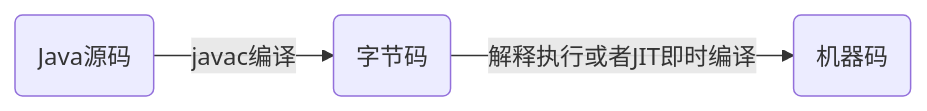
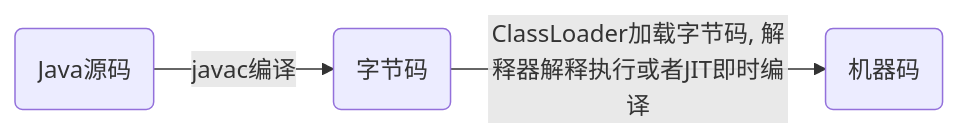
Before and after one commit to Vauke/Notes: the first of 2 diagrams in Java/JVM-related.md, drawn with Mermaid. The commit also changed other lines of this file, not shown here.

````diff
--- a/Java/JVM-related.md
+++ b/Java/JVM-related.md
@@ -8,5 +26,5 @@
 ```mermaid
 graph LR
     A(Java源码) --> |javac编译| B(字节码)
-    B --> |解释执行或者JIT即时编译| C(机器码)
+    B --> |ClassLoader加载字节码, 解释器解释执行或者JIT即时编译| C(机器码)
 ```
````
